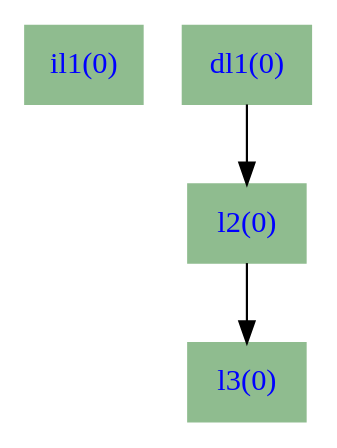
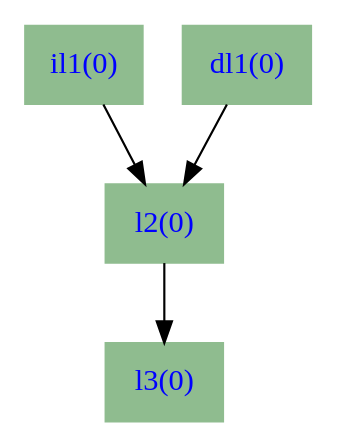
One commit to ferdous313/desesc changed the diagram in memory-arch.dot. Above: the diagram before and after it, drawn with Graphviz. The commit also changed 12 other files, not shown here.

```diff
--- a/memory-arch.dot
+++ b/memory-arch.dot
@@ -1,16 +1,17 @@
 
 digraph simple_hierarchy {
 
 node [color=Green,fontcolor=Blue,font=Courier,shape=record]
 
 
-"il1(0)"[shape=record,sides=5,peripheries=2,color=darkseagreen,style=filled]
-
 "l3(0)"[shape=record,sides=5,peripheries=2,color=darkseagreen,style=filled]
 "l2(0)" -> "l3(0)"
 
 "l2(0)"[shape=record,sides=5,peripheries=2,color=darkseagreen,style=filled]
+"il1(0)" -> "l2(0)"
+
+"il1(0)"[shape=record,sides=5,peripheries=2,color=darkseagreen,style=filled]
 "dl1(0)" -> "l2(0)"
 
 "dl1(0)"[shape=record,sides=5,peripheries=2,color=darkseagreen,style=filled]
 }
```
